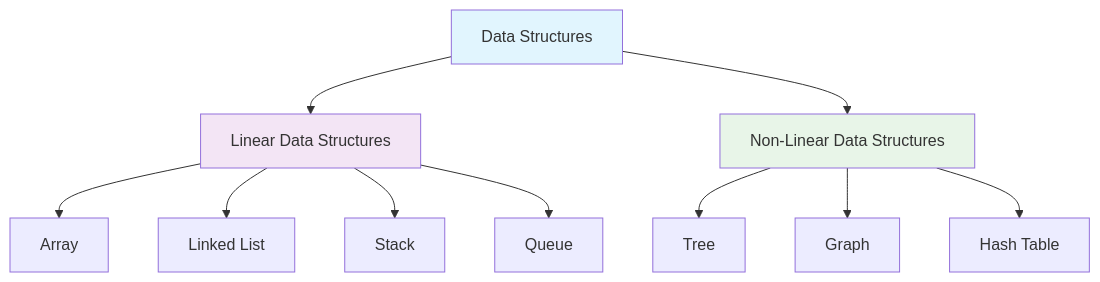
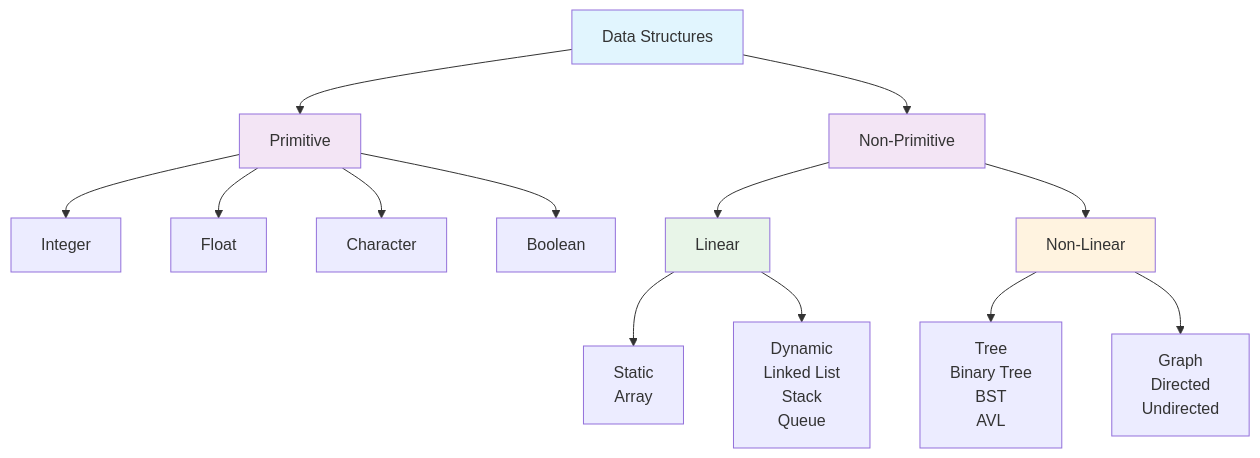
The first of 3 diagrams in src/content/soft-skills/dsa/bai-2.mdx (khieu-dv/vievlog), drawn with Mermaid before and after one commit. The commit also changed other lines of this file and 2 other files, not shown here.

````diff
--- a/src/content/soft-skills/dsa/bai-2.mdx
+++ b/src/content/soft-skills/dsa/bai-2.mdx
@@ -38,18 +30,25 @@
 ```mermaid
 graph TD
-    A[Data Structures] --> B[Linear Data Structures]
-    A --> C[Non-Linear Data Structures]
+    A[Data Structures] --> B[Primitive]
+    A --> C[Non-Primitive]
     
-    B --> D[Array]
-    B --> E[Linked List]
-    B --> F[Stack]
-    B --> G[Queue]
+    B --> D[Integer]
+    B --> E[Float]
+    B --> F[Character]
+    B --> G[Boolean]
     
-    C --> H[Tree]
-    C --> I[Graph]
-    C --> J[Hash Table]
+    C --> H[Linear]
+    C --> I[Non-Linear]
+    
+    H --> J[Static<br/>Array]
+    H --> K[Dynamic<br/>Linked List<br/>Stack<br/>Queue]
+    
+    I --> L[Tree<br/>Binary Tree<br/>BST<br/>AVL]
+    I --> M[Graph<br/>Directed<br/>Undirected]
     
     style A fill:#e1f5fe
     style B fill:#f3e5f5
-    style C fill:#e8f5e8
+    style C fill:#f3e5f5
+    style H fill:#e8f5e8
+    style I fill:#fff3e0
 ```
````
